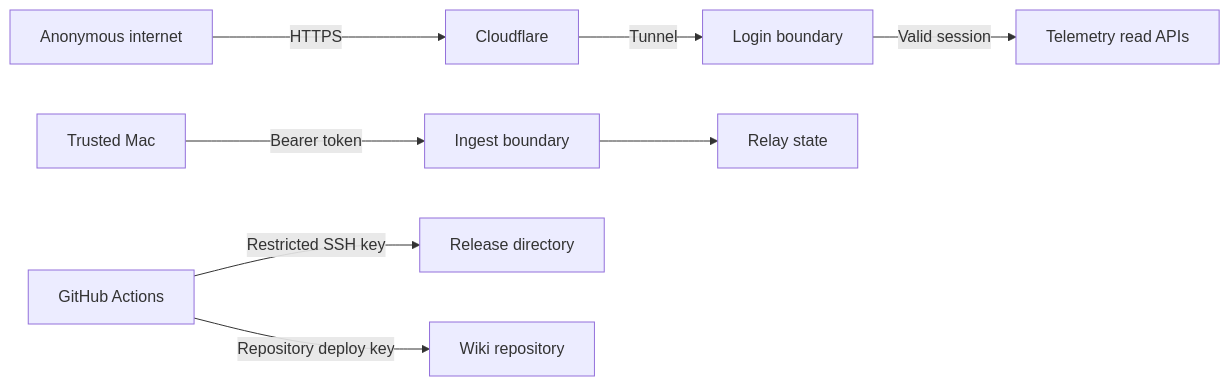
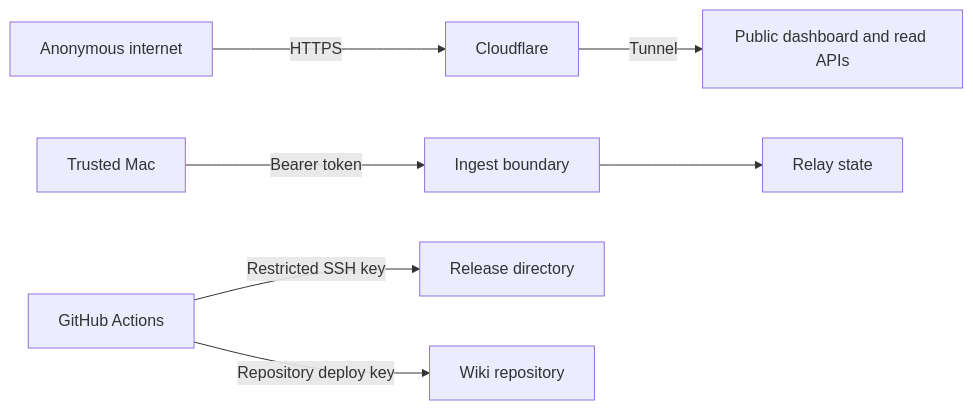
One commit to ramideltoro/antenna_observatory changed the diagram in wiki-site/docs/security.md. Above: the diagram before and after it, drawn with Mermaid. The commit also changed other lines of this file and 44 other files, not shown here.

````diff
--- a/wiki-site/docs/security.md
+++ b/wiki-site/docs/security.md
@@ -5,10 +5,9 @@
 ```mermaid
 flowchart LR
     Anonymous[Anonymous internet] -->|HTTPS| Edge[Cloudflare]
-    Edge -->|Tunnel| Login[Login boundary]
-    Login -->|Valid session| Reads[Telemetry read APIs]
+    Edge -->|Tunnel| Reads[Public dashboard and read APIs]
     Mac[Trusted Mac] -->|Bearer token| Ingest[Ingest boundary]
     Ingest --> Relay[Relay state]
     Actions[GitHub Actions] -->|Restricted SSH key| Releases[Release directory]
     Actions -->|Repository deploy key| Wiki[Wiki repository]
 ```
````
